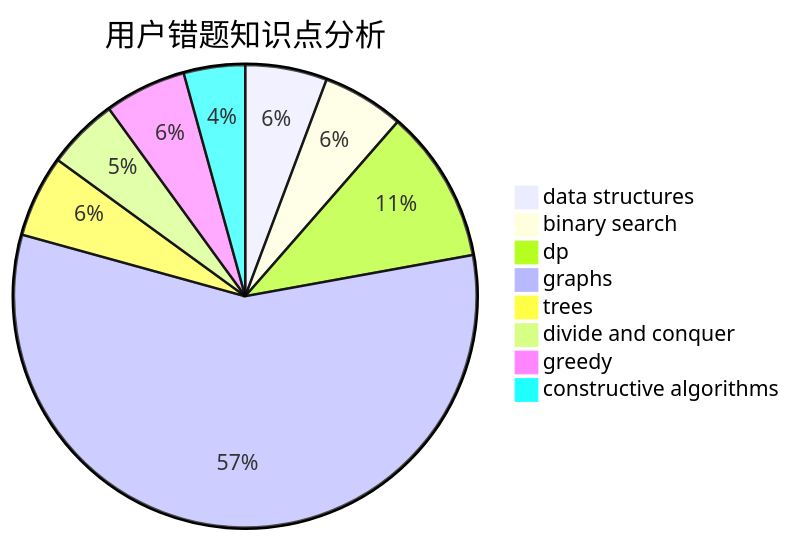
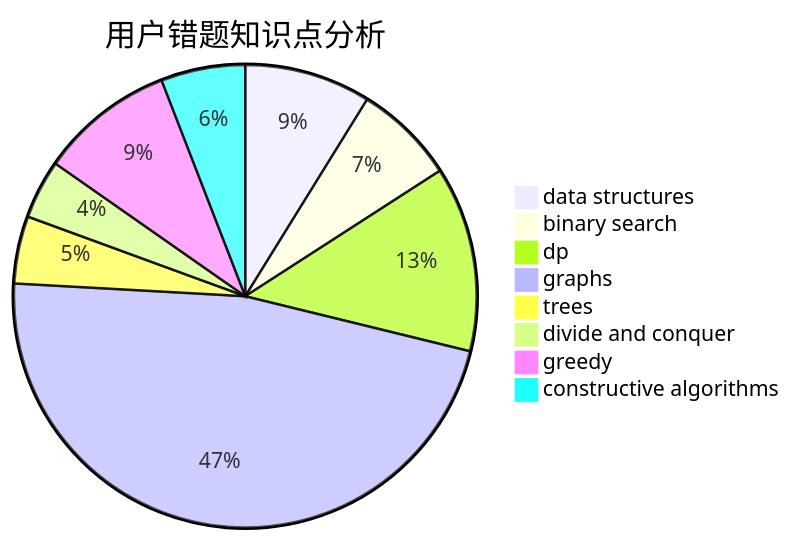
One commit to sherpahu/cfrs.github.io changed the third of 3 diagrams in docs/user/u1217.md. Above: the diagram before and after it, drawn with Mermaid. The commit also changed other lines of this file and 2770 other files, not shown here.

````diff
--- a/docs/user/u1217.md
+++ b/docs/user/u1217.md
@@ -36,11 +36,11 @@
 ```mermaid
 pie title 用户错题知识点分析
-    "data structures" :  8
-    "binary search" :  8
-    "dp" :  15
+    "data structures" :  15
+    "binary search" :  12
+    "dp" :  22
     "graphs" :  80
     "trees" :  8
     "divide and conquer" :  7
-    "greedy" :  8
-    "constructive algorithms" :  6
+    "greedy" :  16
+    "constructive algorithms" :  10
 ```
````
